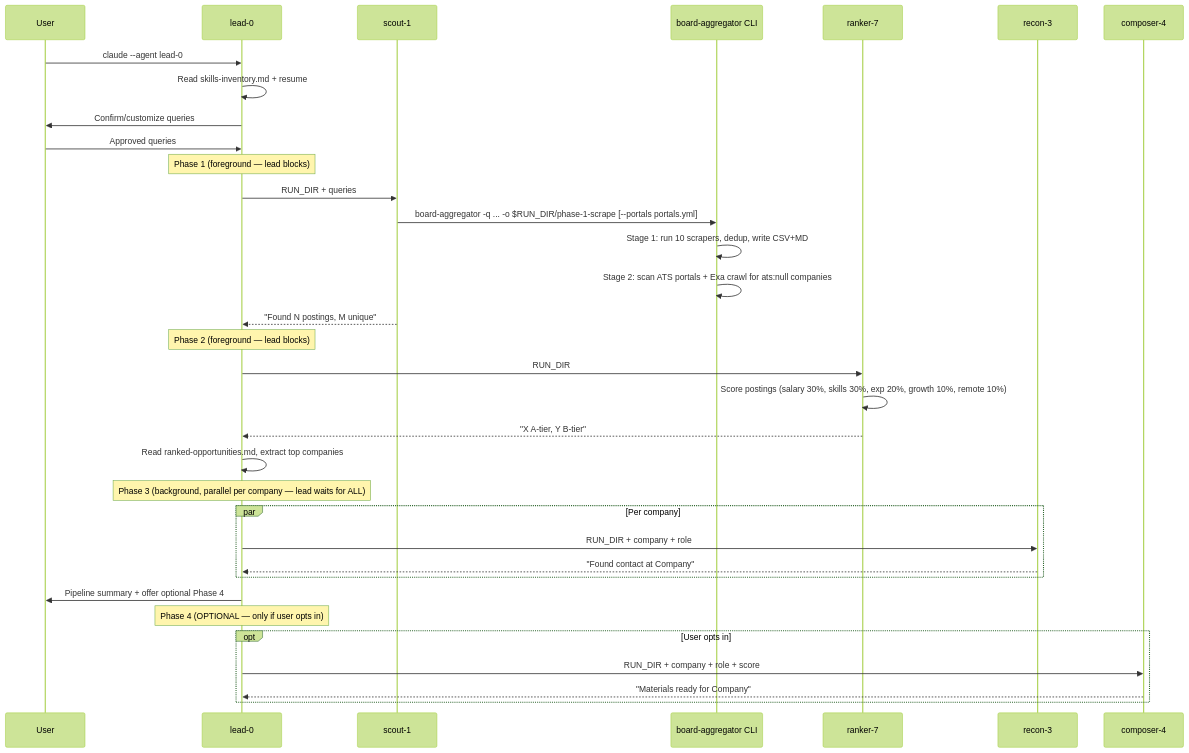
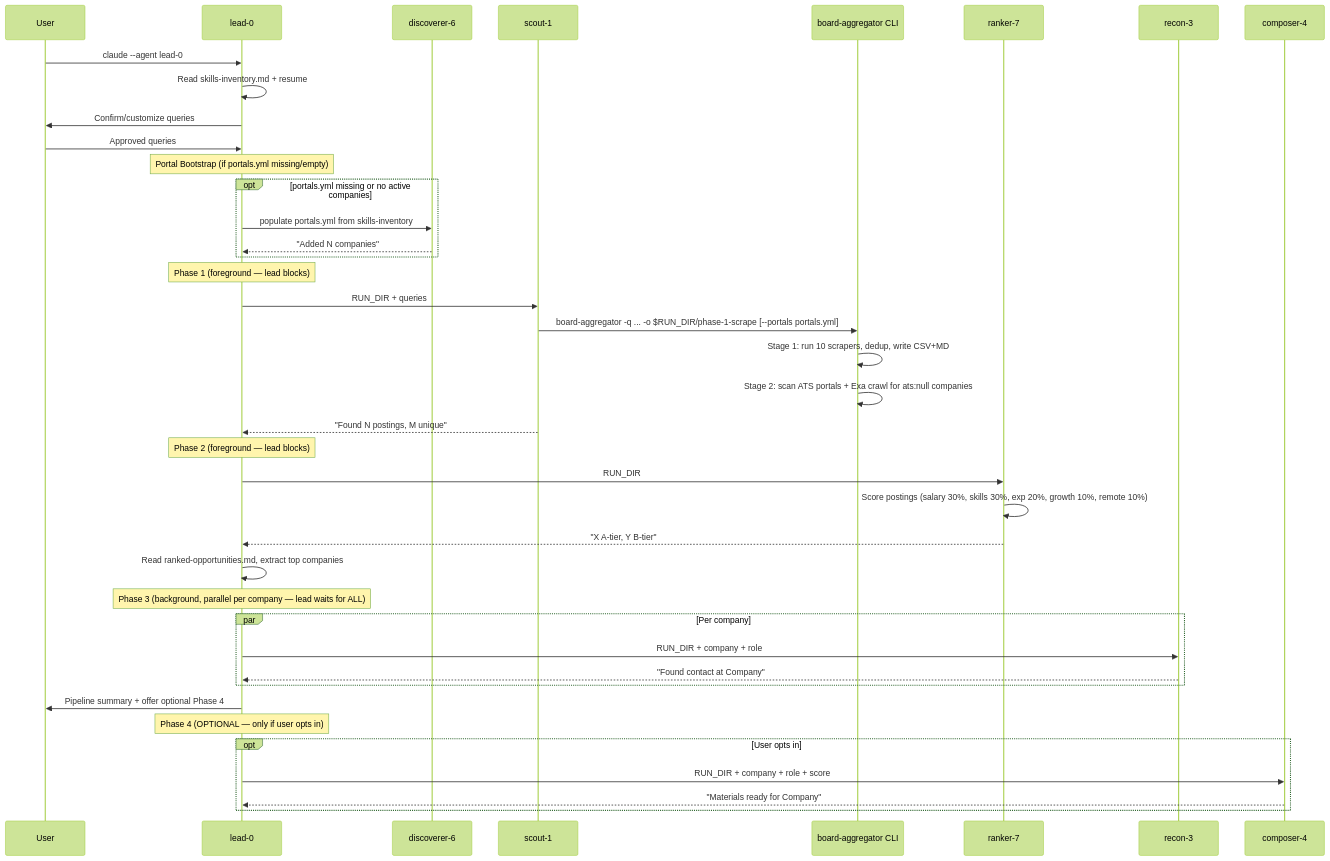
Before and after one commit to 0xquinto/dossier: the second of 2 diagrams in docs/CODEBASE_MAP.md, drawn with Mermaid (forest theme). The commit also changed other lines of this file and 1 other file, not shown here.

Commit message:
docs: sync discoverer-6 description and CODEBASE_MAP with lead-0 dispatch
- discoverer-6.md: description now reflects lead-0 auto-dispatch (was 'Run standalone, not part of the pipeline')

- CODEBASE_MAP: relabel node/table/role to Portal Bootstrap, add the Lead->discoverer trigger edge, and add the Portal Bootstrap step to the data-flow sequence diagram

````diff
--- a/docs/CODEBASE_MAP.md
+++ b/docs/CODEBASE_MAP.md
@@ -361,42 +362,49 @@
 ```mermaid
 sequenceDiagram
     participant User
     participant Lead as lead-0
+    participant Disc as discoverer-6
     participant Scout as scout-1
     participant BA as board-aggregator CLI
     participant Ranker as ranker-7
     participant Recon as recon-3
     participant Composer as composer-4
 
     User->>Lead: claude --agent lead-0
     Lead->>Lead: Read skills-inventory.md + resume
     Lead->>User: Confirm/customize queries
     User->>Lead: Approved queries
+
+    Note over Lead: Portal Bootstrap (if portals.yml missing/empty)
+    opt portals.yml missing or no active companies
+        Lead->>Disc: populate portals.yml from skills-inventory
+        Disc-->>Lead: "Added N companies"
+    end
 
     Note over Lead: Phase 1 (foreground — lead blocks)
     Lead->>Scout: RUN_DIR + queries
     Scout->>BA: board-aggregator -q ... -o $RUN_DIR/phase-1-scrape [--portals portals.yml]
     BA->>BA: Stage 1: run 10 scrapers, dedup, write CSV+MD
     BA->>BA: Stage 2: scan ATS portals + Exa crawl for ats:null companies
     Scout-->>Lead: "Found N postings, M unique"
 
     Note over Lead: Phase 2 (foreground — lead blocks)
     Lead->>Ranker: RUN_DIR
     Ranker->>Ranker: Score postings (salary 30%, skills 30%, exp 20%, growth 10%, remote 10%)
     Ranker-->>Lead: "X A-tier, Y B-tier"
     Lead->>Lead: Read ranked-opportunities.md, extract top companies
 
     Note over Lead: Phase 3 (background, parallel per company — lead waits for ALL)
     par Per company
         Lead->>Recon: RUN_DIR + company + role
         Recon-->>Lead: "Found contact at Company"
     end
 
     Lead->>User: Pipeline summary + offer optional Phase 4
 
     Note over Lead: Phase 4 (OPTIONAL — only if user opts in)
     opt User opts in
         Lead->>Composer: RUN_DIR + company + role + score
         Composer-->>Lead: "Materials ready for Company"
     end
 ```
````
